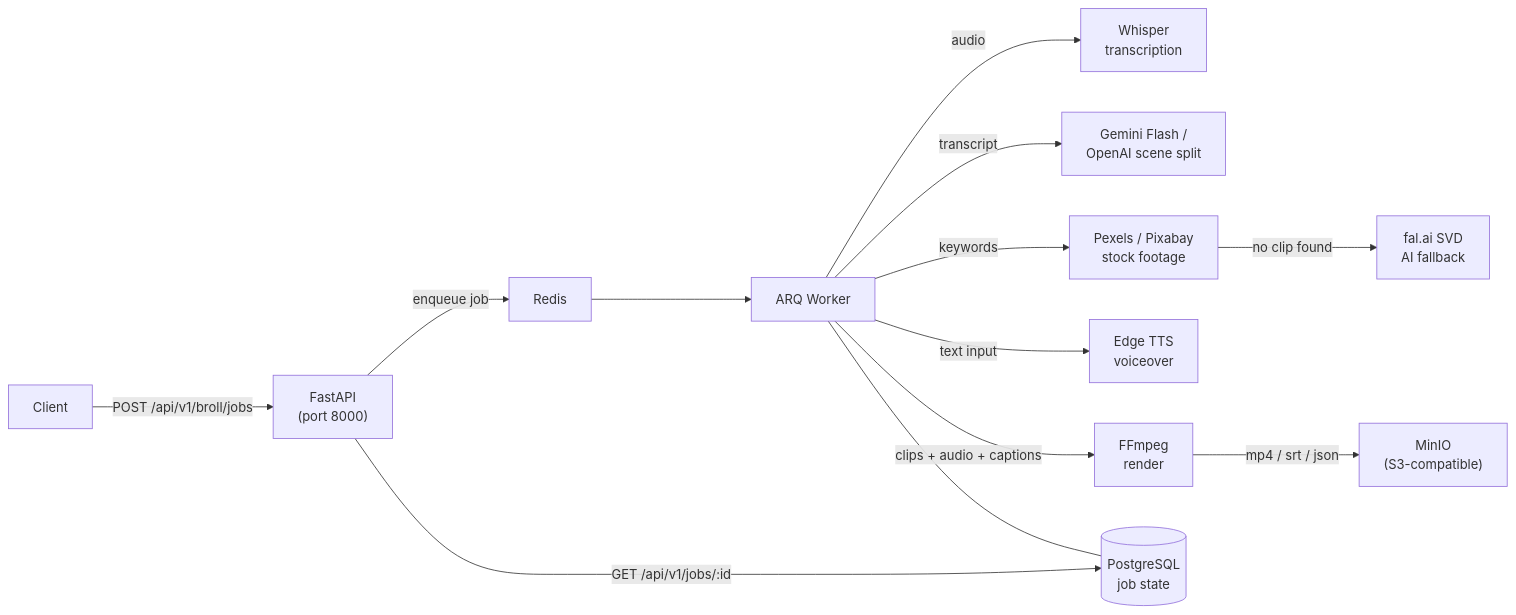
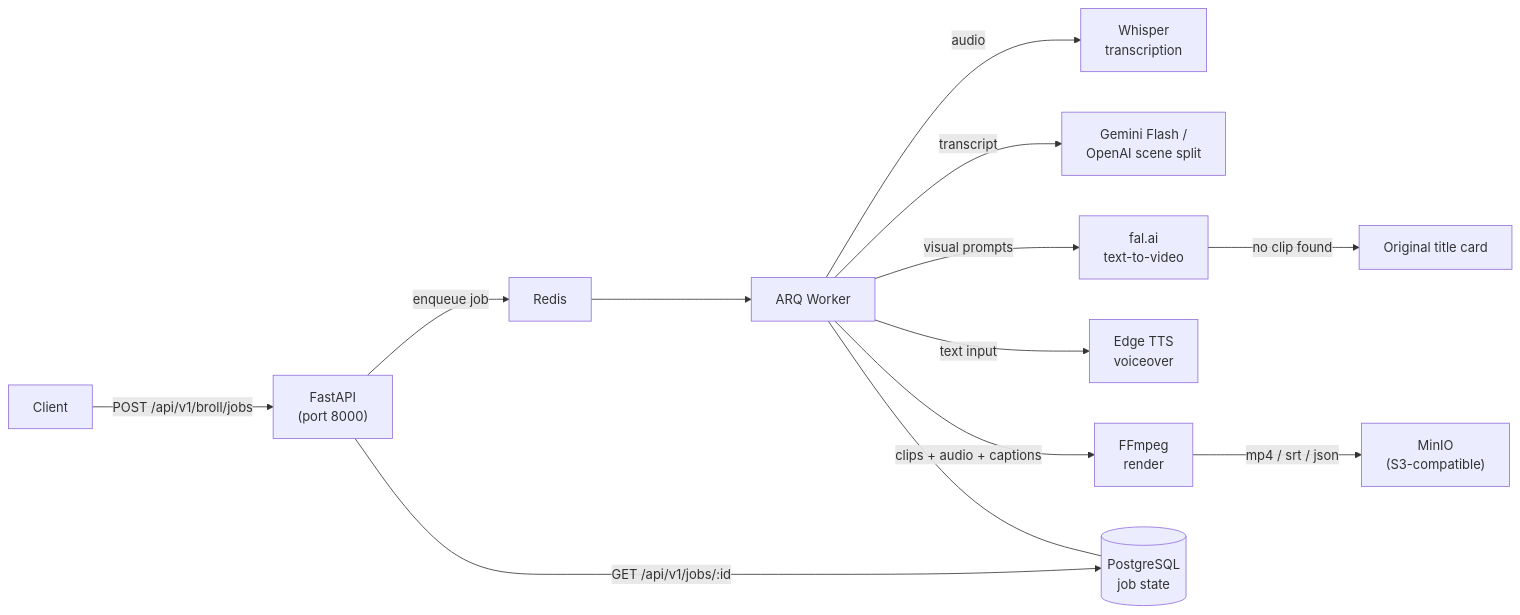
Before and after one commit to Kalyani-coding-wizard/Script-Voiceover-to-B-roll-Video-Engine: the diagram in README.md, drawn with Mermaid. The commit also changed other lines of this file and 6 other files, not shown here.

Commit message:
Complete fal.ai-only footage implementation

````diff
--- a/README.md
+++ b/README.md
@@ -11,15 +11,15 @@
 ```mermaid
 flowchart LR
     Client -->|POST /api/v1/broll/jobs| API["FastAPI\n(port 8000)"]
     API -->|enqueue job| Redis
     Redis --> Worker["ARQ Worker"]
     Worker -->|audio| Whisper["Whisper\ntranscription"]
     Worker -->|transcript| LLM["Gemini Flash /\nOpenAI scene split"]
-    Worker -->|keywords| Pexels["Pexels / Pixabay\nstock footage"]
-    Pexels -->|no clip found| FalAI["fal.ai SVD\nAI fallback"]
+    Worker -->|visual prompts| FalAI["fal.ai\ntext-to-video"]
+    FalAI -->|no clip found| Card["Original title card"]
     Worker -->|text input| EdgeTTS["Edge TTS\nvoiceover"]
     Worker -->|clips + audio + captions| FFmpeg["FFmpeg\nrender"]
     FFmpeg -->|mp4 / srt / json| MinIO["MinIO\n(S3-compatible)"]
     API -->|GET /api/v1/jobs/:id| DB[(PostgreSQL\njob state)]
     Worker --- DB
 ```
````
